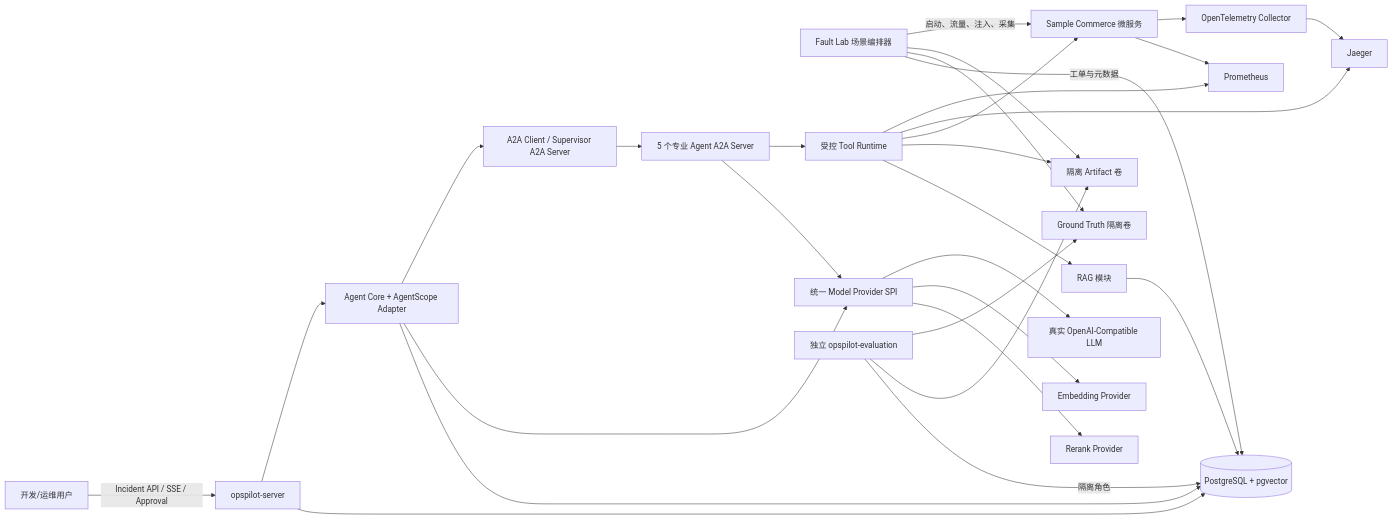
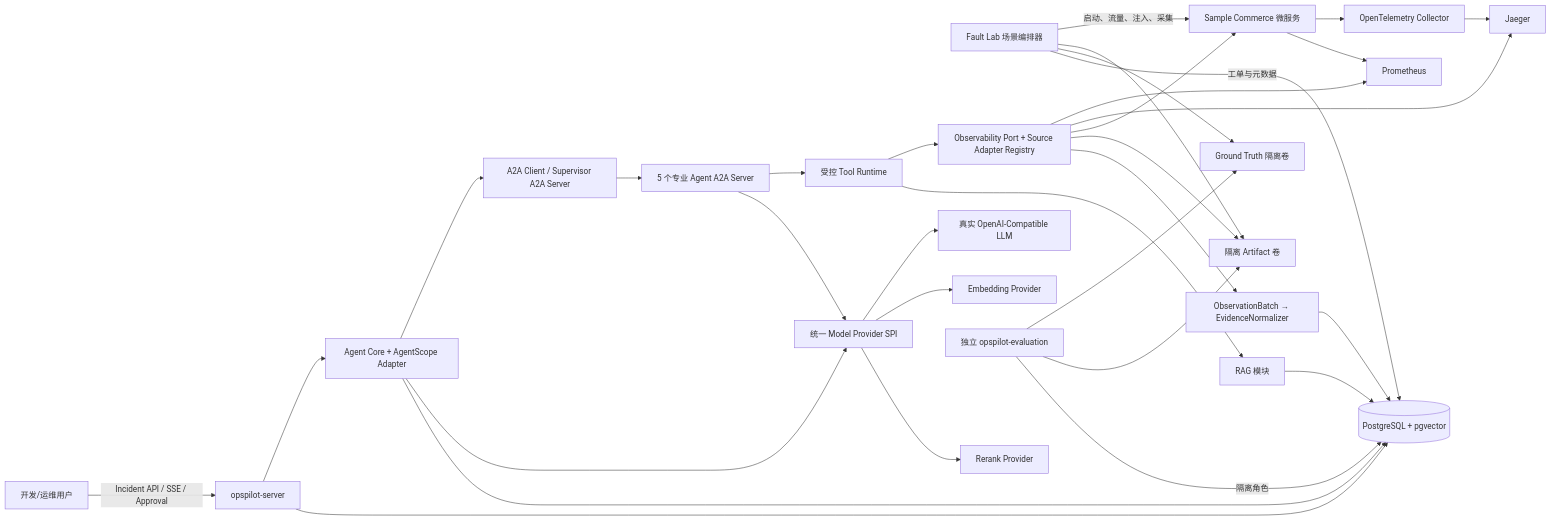
Before and after one commit to lkwslm/OpsPilot: the first of 2 diagrams in docs/design/opspilot-system-design/01-overview-and-scope.md, drawn with Mermaid. The commit also changed other lines of this file and 37 other files, not shown here.

````diff
--- a/docs/design/opspilot-system-design/01-overview-and-scope.md
+++ b/docs/design/opspilot-system-design/01-overview-and-scope.md
@@ -124,33 +125,36 @@
 ```mermaid
 flowchart LR
     User["开发/运维用户"] -->|Incident API / SSE / Approval| Server["opspilot-server"]
     FaultLab["Fault Lab 场景编排器"] -->|启动、流量、注入、采集| Sample["Sample Commerce 微服务"]
     Sample --> OTel["OpenTelemetry Collector"]
     Sample --> Prom["Prometheus"]
     OTel --> Jaeger["Jaeger"]
     FaultLab --> Artifacts["隔离 Artifact 卷"]
     FaultLab --> GroundTruth["Ground Truth 隔离卷"]
     FaultLab -->|工单与元数据| PG[("PostgreSQL + pgvector")]
 
     Server --> Core["Agent Core + AgentScope Adapter"]
     Core --> A2A["A2A Client / Supervisor A2A Server"]
     A2A --> Remote["5 个专业 Agent A2A Server"]
     Remote --> Tools["受控 Tool Runtime"]
-    Tools --> Prom
-    Tools --> Jaeger
-    Tools --> Sample
-    Tools --> Artifacts
+    Tools --> Obs["Observability Port + Source Adapter Registry"]
+    Obs --> Prom
+    Obs --> Jaeger
+    Obs --> Sample
+    Obs --> Artifacts
+    Obs --> Norm["ObservationBatch → EvidenceNormalizer"]
+    Norm --> PG
     Tools --> RAG["RAG 模块"]
     RAG --> PG
 
     Core --> Model["统一 Model Provider SPI"]
     Remote --> Model
     Model --> LLM["真实 OpenAI-Compatible LLM"]
     Model --> Embed["Embedding Provider"]
     Model --> Rerank["Rerank Provider"]
     Core --> PG
     Server --> PG
     Eval["独立 opspilot-evaluation"] --> GroundTruth
     Eval --> Artifacts
     Eval -->|隔离角色| PG
 ```
````
